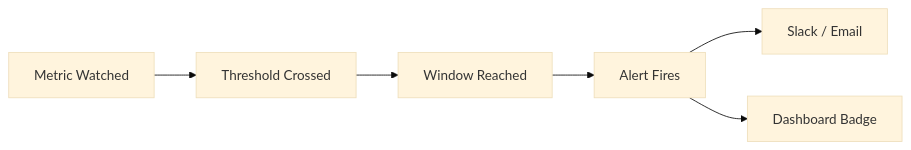
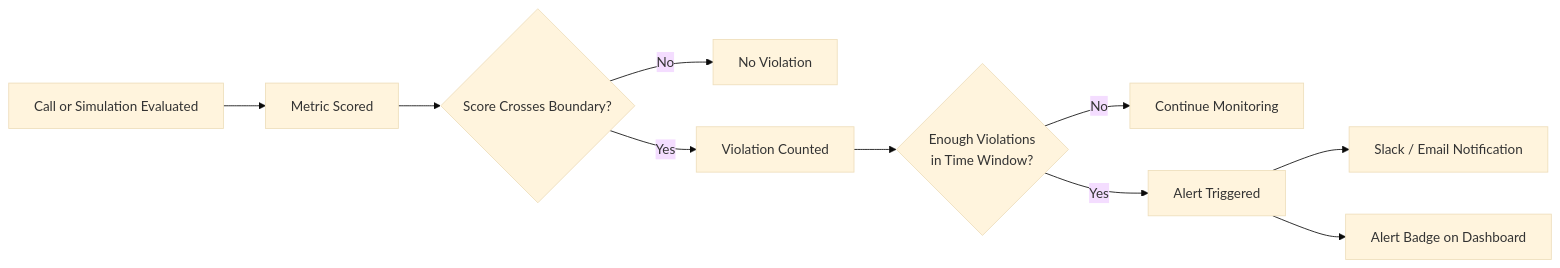
The diagram in key-concepts/alerts/overview.mdx (bluejay-ai-dev/docs), drawn with Mermaid (base theme) before and after one commit.

Commit message:
docs(alerts): restore original mermaid diagram
Revert the simplification and the init-directive font bump. Keep the
original 10-node lifecycle diagram with decision branches and full
node labels.

````diff
--- a/key-concepts/alerts/overview.mdx
+++ b/key-concepts/alerts/overview.mdx
@@ -42,8 +42,12 @@
 ```mermaid
 flowchart LR
-    Metric[Metric Watched] --> Threshold[Threshold Crossed]
-    Threshold --> Window[Window Reached]
-    Window --> Fire[Alert Fires]
-    Fire --> Notify[Slack / Email]
-    Fire --> Badge[Dashboard Badge]
+    Eval[Call or Simulation Evaluated] --> Score[Metric Scored]
+    Score --> Cross{Score Crosses Boundary?}
+    Cross -->|No| OK[No Violation]
+    Cross -->|Yes| Count[Violation Counted]
+    Count --> Window{"Enough Violations\nin Time Window?"}
+    Window -->|No| Wait[Continue Monitoring]
+    Window -->|Yes| Fire[Alert Triggered]
+    Fire --> Notify[Slack / Email Notification]
+    Fire --> Badge[Alert Badge on Dashboard]
 ```
````
